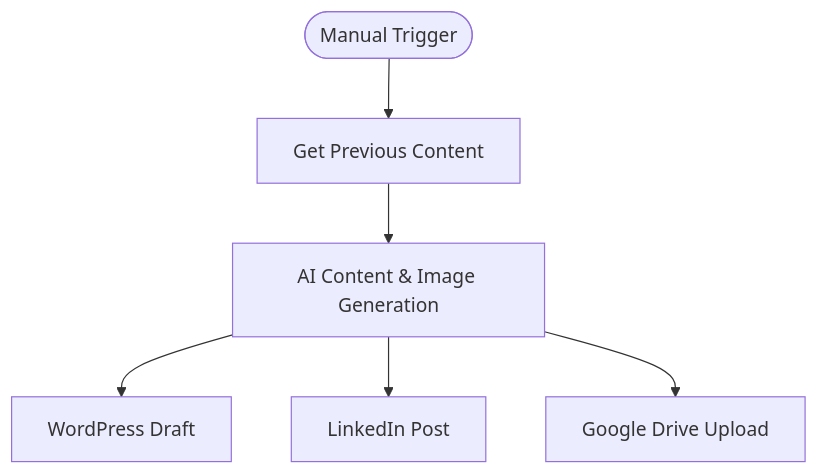
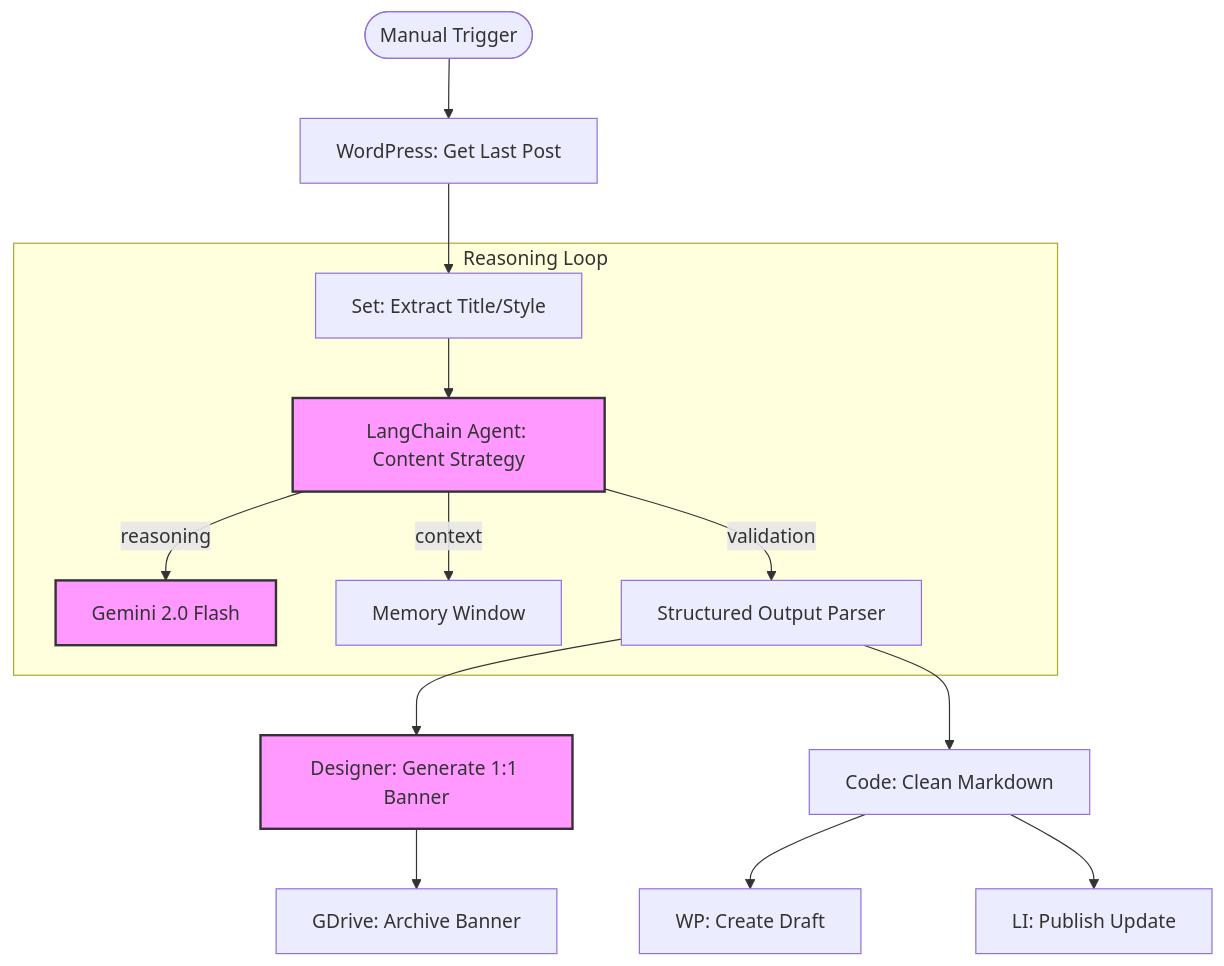
The diagram in agent/contect_creator/README.md (beydah/N8N_AI-Agent_Content-Creator), drawn with Mermaid before and after one commit. The commit also changed other lines of this file and 1 other file, not shown here.

Commit message:
feat: add README.md for the Content Writer AI agent detailing its features, architecture, and usage.

````diff
--- a/agent/contect_creator/README.md
+++ b/agent/contect_creator/README.md
@@ -18,8 +32,22 @@
 ```mermaid
 graph TD
-    Trigger([Manual Trigger]) --> Context[Get Previous Content]
-    Context --> AI[AI Content & Image Generation]
-    AI --> WordPress[WordPress Draft]
-    AI --> LinkedIn[LinkedIn Post]
-    AI --> Drive[Google Drive Upload]
+    Trigger([Manual Trigger]) --> GetPost[WordPress: Get Last Post]
+    GetPost --> StyleExtractor[Set: Extract Title/Style]
+    
+    subgraph "Reasoning Loop"
+        StyleExtractor --> Agent[LangChain Agent: Content Strategy]
+        Agent -- "reasoning" --> Gemini[Gemini 2.0 Flash]
+        Agent -- "context" --> Memory[Memory Window]
+        Agent -- "validation" --> Parser[Structured Output Parser]
+    end
+
+    Parser --> ImageGen[Designer: Generate 1:1 Banner]
+    Parser --> Sanitize[Code: Clean Markdown]
+
+    Sanitize --> WordPress[WP: Create Draft]
+    Sanitize --> LinkedIn[LI: Publish Update]
+    ImageGen --> Drive[GDrive: Archive Banner]
+
+    classDef ai fill:#f9f,stroke:#333,stroke-width:2px;
+    class Agent,Gemini,ImageGen ai;
 ```
````
